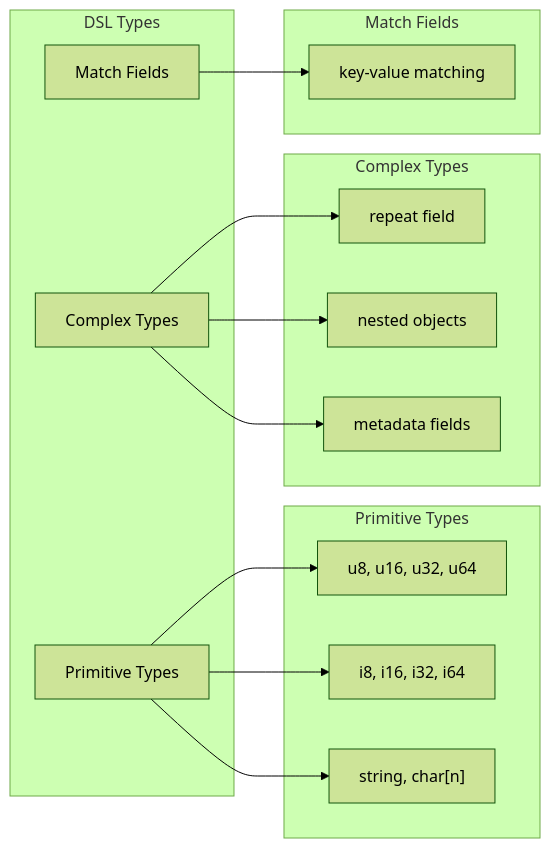
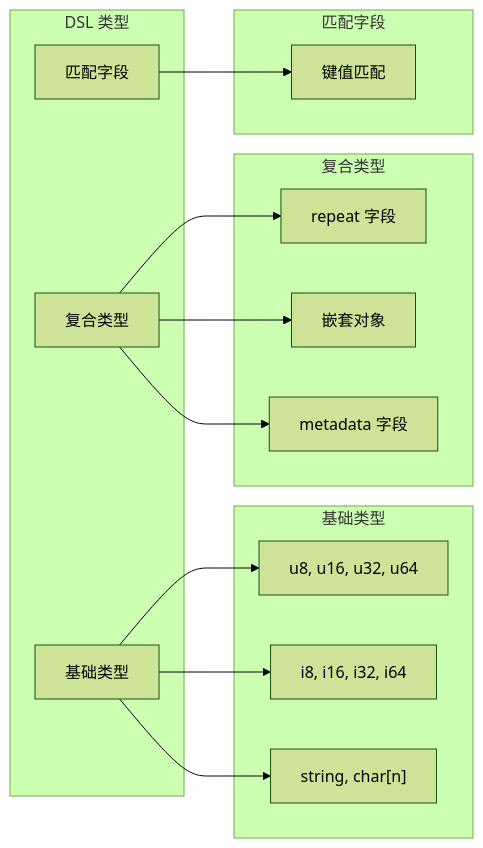
One commit to xinchentechnote/fin-protoc changed the third of 3 diagrams in readme.md. Above: the diagram before and after it, drawn with Mermaid (forest theme). The commit also changed other lines of this file and 1 other file, not shown here.

````diff
--- a/readme.md
+++ b/readme.md
@@ -118,32 +120,32 @@
 ```mermaid
 graph LR
-    subgraph "DSL Types"
-        A[Primitive Types]
-        B[Complex Types]
-        C[Match Fields]
+    subgraph "DSL 类型"
+        A[基础类型]
+        B[复合类型]
+        C[匹配字段]
     end
 
-    subgraph "Primitive Types"
+    subgraph "基础类型"
         D["u8, u16, u32, u64"]
         E["i8, i16, i32, i64"]
         F["string, char[n]"]
     end
 
-    subgraph "Complex Types"
-        G["repeat field"]
-        H["nested objects"]
-        I["metadata fields"]
+    subgraph "复合类型"
+        G["repeat 字段"]
+        H["嵌套对象"]
+        I["metadata 字段"]
     end
 
-    subgraph "Match Fields"
-        K["key-value matching"]
+    subgraph "匹配字段"
+        K["键值匹配"]
     end
 
     A --> D
     A --> E
     A --> F
     B --> G
     B --> H
     B --> I
     C --> K
 ```
````
